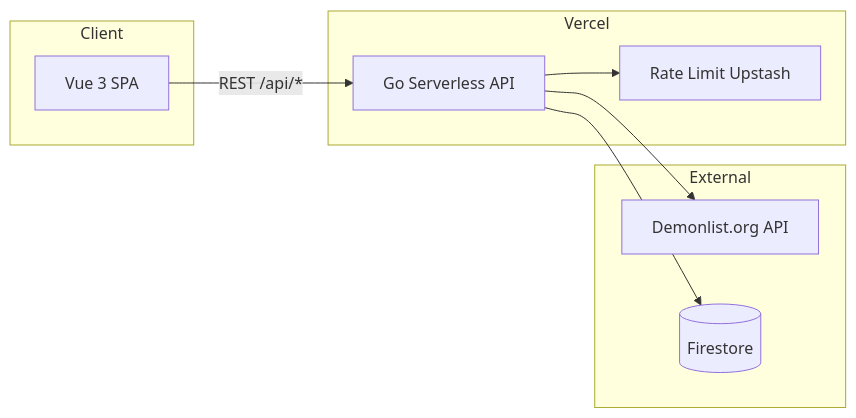
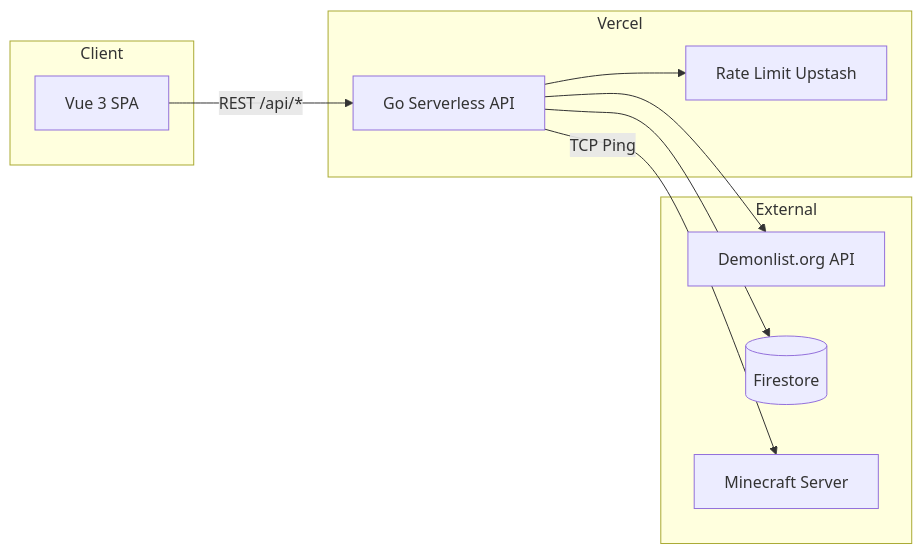
Before and after one commit to Rimix98/SMLT-Leaderboard: the diagram in README.md, drawn with Mermaid. The commit also changed other lines of this file, not shown here.

Commit message:
Обновлён README: добавлена секция SMP, API /api/smp/status, структура компонентов

````diff
--- a/README.md
+++ b/README.md
@@ -113,21 +121,23 @@
 ```mermaid
 flowchart LR
   subgraph Client
     UI[Vue 3 SPA]
   end
 
   subgraph Vercel
     API[Go Serverless API]
     RL[Rate Limit Upstash]
   end
 
   subgraph External
     DL[Demonlist.org API]
     FS[(Firestore)]
+    MC[Minecraft Server]
   end
 
   UI -->|REST /api/*| API
   API --> RL
   API --> FS
   API --> DL
+  API -->|TCP Ping| MC
 ```
````
